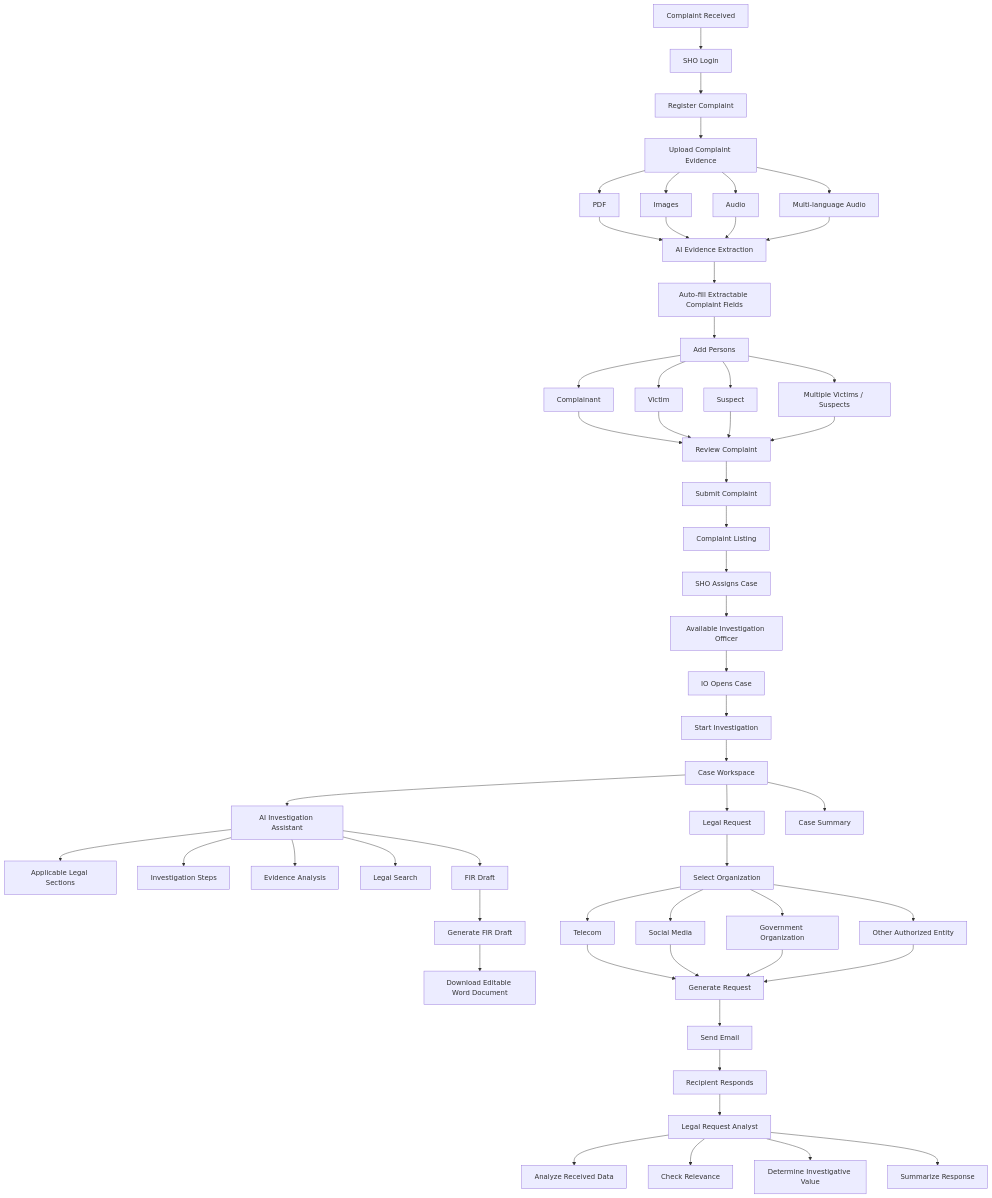
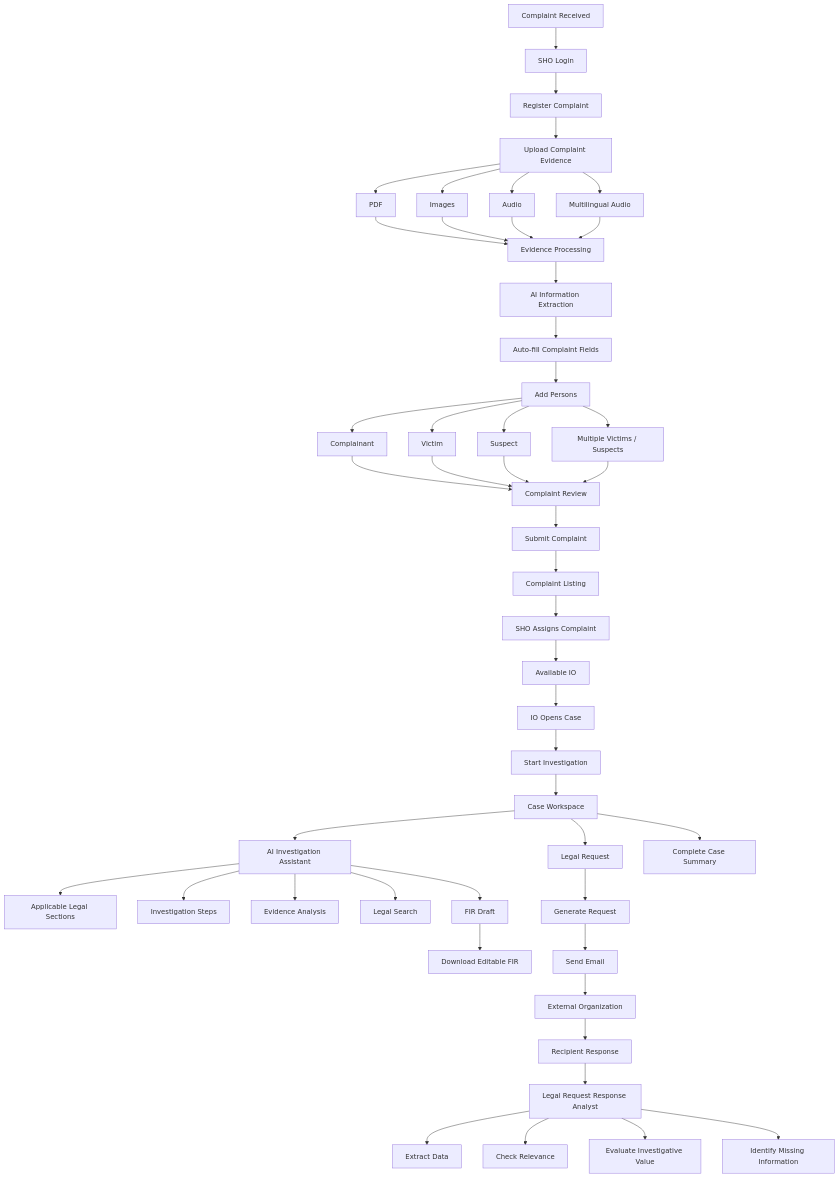
The first of 4 diagrams in README.md (Harshini12317/CrimeOS), drawn with Mermaid before and after one commit. The commit also changed other lines of this file, not shown here.

````diff
--- a/README.md
+++ b/README.md
@@ -123,75 +256,70 @@
     D --> D1[PDF]
     D --> D2[Images]
     D --> D3[Audio]
-    D --> D4[Multi-language Audio]
+    D --> D4[Multilingual Audio]
 
-    D1 --> E[AI Evidence Extraction]
+    D1 --> E[Evidence Processing]
     D2 --> E
     D3 --> E
     D4 --> E
 
-    E --> F[Auto-fill Extractable Complaint Fields]
+    E --> F[AI Information Extraction]
 
-    F --> G[Add Persons]
+    F --> G[Auto-fill Complaint Fields]
 
-    G --> G1[Complainant]
-    G --> G2[Victim]
-    G --> G3[Suspect]
-    G --> G4[Multiple Victims / Suspects]
+    G --> H[Add Persons]
 
-    G1 --> H[Review Complaint]
-    G2 --> H
-    G3 --> H
-    G4 --> H
+    H --> H1[Complainant]
+    H --> H2[Victim]
+    H --> H3[Suspect]
+    H --> H4[Multiple Victims / Suspects]
 
-    H --> I[Submit Complaint]
+    H1 --> I[Complaint Review]
+    H2 --> I
+    H3 --> I
+    H4 --> I
 
-    I --> J[Complaint Listing]
+    I --> J[Submit Complaint]
 
-    J --> K[SHO Assigns Case]
+    J --> K[Complaint Listing]
 
-    K --> L[Available Investigation Officer]
+    K --> L[SHO Assigns Complaint]
 
-    L --> M[IO Opens Case]
+    L --> M[Available IO]
 
-    M --> N[Start Investigation]
+    M --> N[IO Opens Case]
 
-    N --> O[Case Workspace]
+    N --> O[Start Investigation]
 
-    O --> P[AI Investigation Assistant]
+    O --> P[Case Workspace]
 
-    P --> P1[Applicable Legal Sections]
-    P --> P2[Investigation Steps]
-    P --> P3[Evidence Analysis]
-    P --> P4[Legal Search]
-    P --> P5[FIR Draft]
+    P --> Q[AI Investigation Assistant]
 
-    O --> Q[Legal Request]
+    Q --> Q1[Applicable Legal Sections]
+    Q --> Q2[Investigation Steps]
+    Q --> Q3[Evidence Analysis]
+    Q --> Q4[Legal Search]
+    Q --> Q5[FIR Draft]
 
-    Q --> R[Select Organization]
-    R --> R1[Telecom]
-    R --> R2[Social Media]
-    R --> R3[Government Organization]
-    R --> R4[Other Authorized Entity]
+    P --> R[Legal Request]
 
-    R1 --> S[Generate Request]
-    R2 --> S
-    R3 --> S
-    R4 --> S
+    R --> S[Generate Request]
 
     S --> T[Send Email]
 
-    T --> U[Recipient Responds]
+    T --> U[External Organization]
 
-    U --> V[Legal Request Analyst]
+    U --> V[Recipient Response]
 
-    V --> V1[Analyze Received Data]
-    V --> V2[Check Relevance]
-    V --> V3[Determine Investigative Value]
-    V --> V4[Summarize Response]
+    V --> W[Legal Request Response Analyst]
 
-    O --> W[Case Summary]
+    W --> W1[Extract Data]
+    W --> W2[Check Relevance]
+    W --> W3[Evaluate Investigative Value]
+    W --> W4[Identify Missing Information]
 
-    P5 --> X[Generate FIR Draft]
-    X --> Y[Download Editable Word Document]
+    P --> X[Complete Case Summary]
+
+    Q5 --> Y[Download Editable FIR]
+
 ```
````
